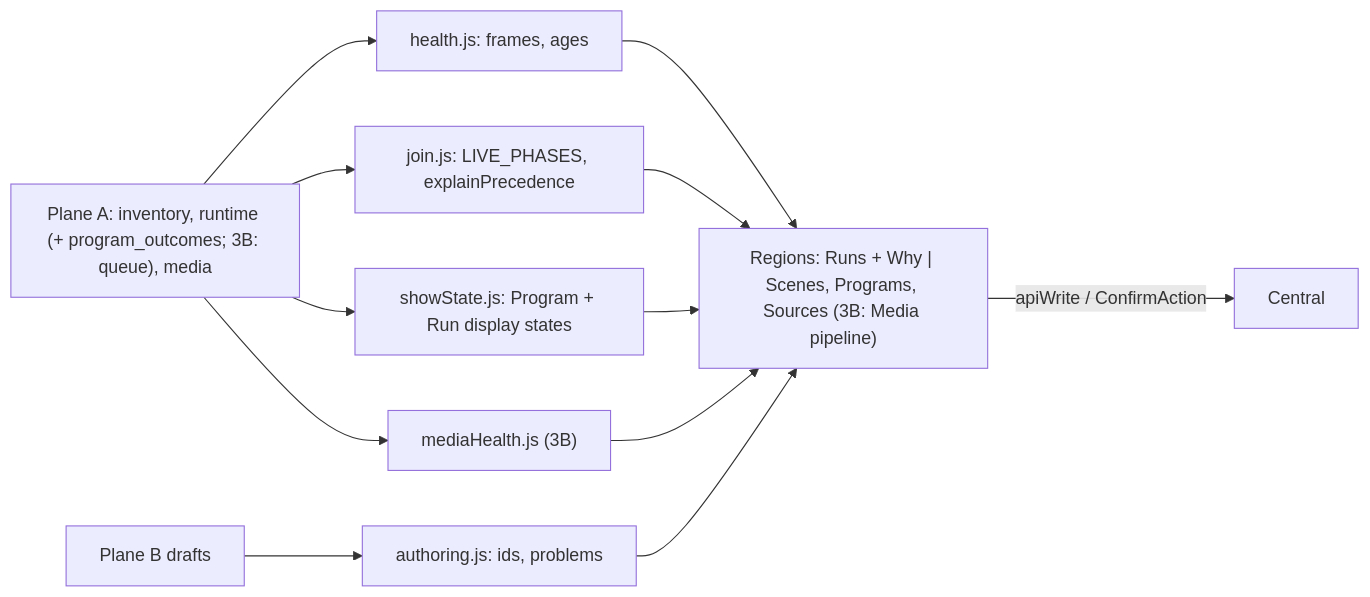
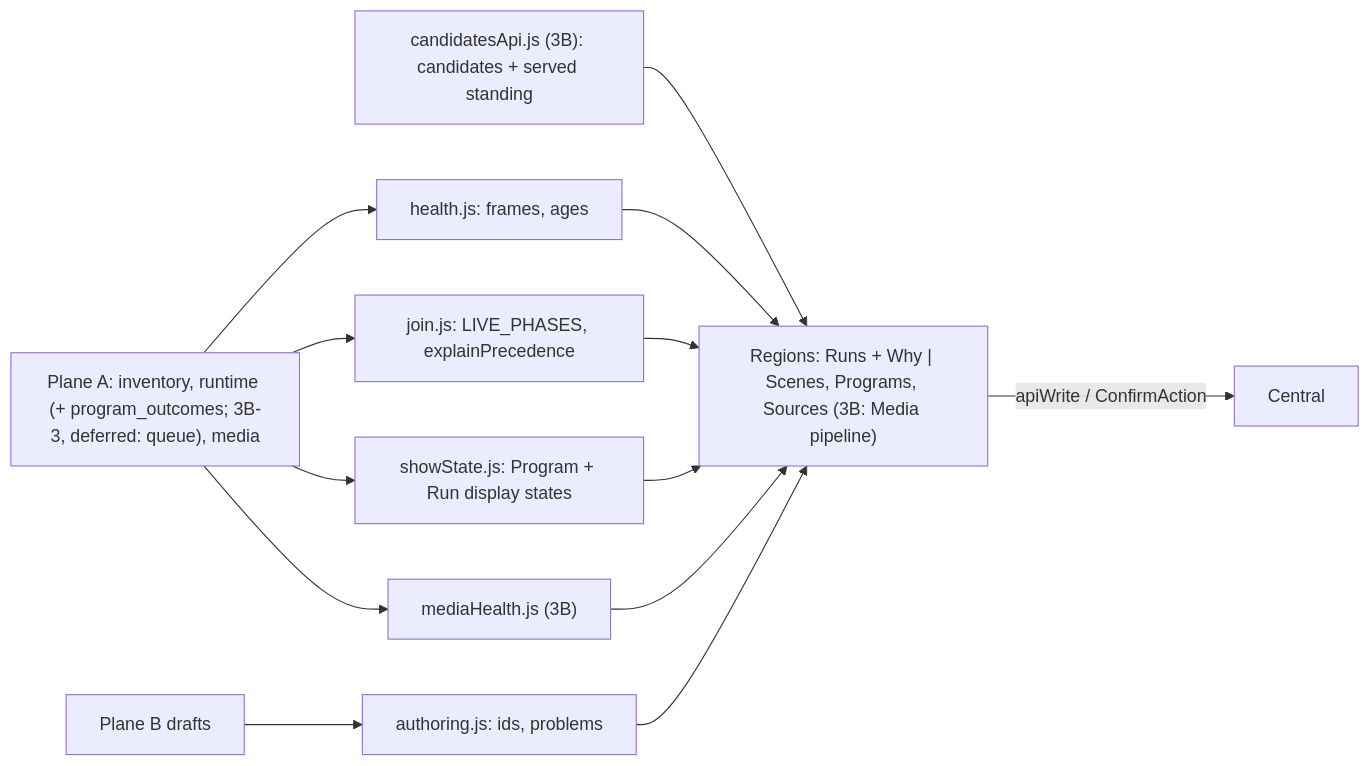
One commit to mcurcio/photo-wall changed the first of 2 diagrams in docs/operator-console-ux-pass2-showrunner.md. Above: the diagram before and after it, drawn with Mermaid. The commit also changed other lines of this file and 6 other files, not shown here.

Commit message:
docs(showrunner): Scene edit, media pipeline and why-nothing-new; standing and revision guard (slice 3B docs)

````diff
--- a/docs/operator-console-ux-pass2-showrunner.md
+++ b/docs/operator-console-ux-pass2-showrunner.md
@@ -38,10 +38,11 @@
 ```mermaid
 flowchart LR
-  S["Plane A: inventory, runtime (+ program_outcomes; 3B: queue), media"] --> H["health.js: frames, ages"]
+  S["Plane A: inventory, runtime (+ program_outcomes; 3B-3, deferred: queue), media"] --> H["health.js: frames, ages"]
   S --> J["join.js: LIVE_PHASES, explainPrecedence"]
   S --> P["showState.js: Program + Run display states"]
   S --> M["mediaHealth.js (3B)"]
+  K["candidatesApi.js (3B): candidates + served standing"] --> R
   D["Plane B drafts"] --> A["authoring.js: ids, problems"]
   H & J & P & M & A --> R["Regions: Runs + Why | Scenes, Programs, Sources (3B: Media pipeline)"]
   R -->|"apiWrite / ConfirmAction"| C["Central"]
 ```
````
